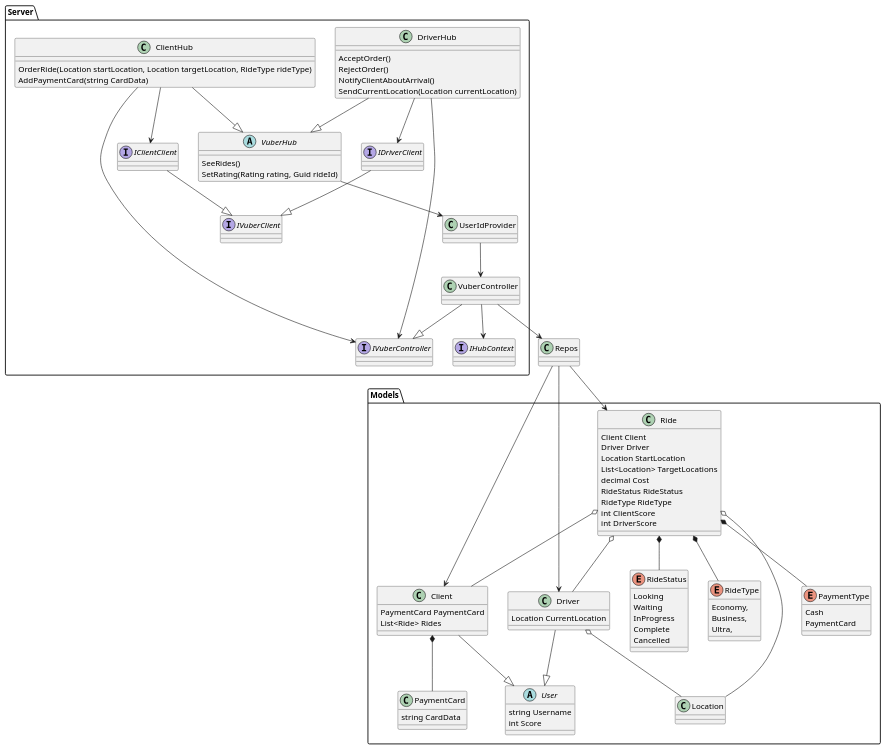
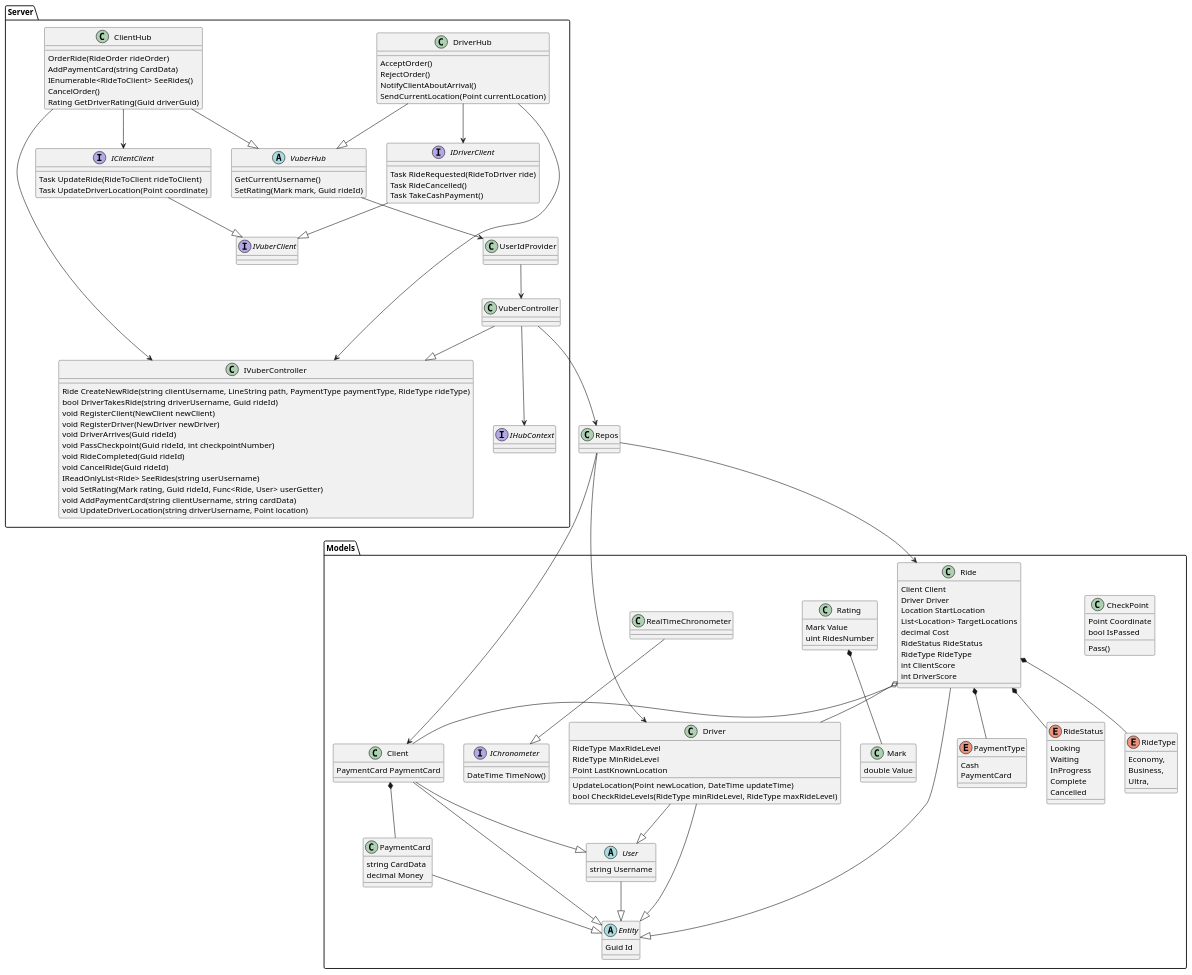
One commit to MegaBluejay/teamf_vuber changed the diagram in docs/exam.puml. Above: the diagram before and after it, drawn with PlantUML.

Commit message:
UML update

```diff
--- a/docs/exam.puml
+++ b/docs/exam.puml
@@ -1,109 +1,167 @@
 @startuml
 
 package Models {
-        class Location
+        class CheckPoint{
+                Point Coordinate
+                bool IsPassed
+                Pass()
+        }
 
         abstract class User {
                 string Username
-                int Score
+        }
+        abstract class Entity {
+                Guid Id
         }
         class Client {
                 PaymentCard PaymentCard
-                List<Ride> Rides
         }
         class Driver {
-                Location CurrentLocation
+                RideType MaxRideLevel
+                RideType MinRideLevel
+                Point LastKnownLocation
+                UpdateLocation(Point newLocation, DateTime updateTime)
+                bool CheckRideLevels(RideType minRideLevel, RideType maxRideLevel)
         }
         class PaymentCard {
             string CardData
+            decimal Money
         }
         
         enum PaymentType{
                 Cash
                 PaymentCard
         }
         enum RideStatus {
                 Looking
                 Waiting
                 InProgress
                 Complete
                 Cancelled
         }
         enum RideType {
                 Economy,
                 Business,
                 Ultra,
         }
         class Ride {
                 Client Client
                 Driver Driver
                 Location StartLocation
                 List<Location> TargetLocations
                 decimal Cost
                 RideStatus RideStatus
                 RideType RideType
                 int ClientScore
                 int DriverScore
         }
-
+        interface IChronometer{
+                DateTime TimeNow()
+        }
+        class Rating {
+                Mark Value
+                uint RidesNumber
+        }                
+        
+        class Mark {
+                double Value
+        }
+        
         Client --|> User
         Driver --|> User
+        
+        RealTimeChronometer --|> IChronometer
+        
+        Client --|> Entity
+        Driver --|> Entity
+        PaymentCard --|> Entity
+        Ride --|> Entity
+        User --|> Entity
 
-        Driver o-- Location
 
         Ride o-- Client
         Ride o-- Driver
-        Ride o-- Location
         Ride *-- RideStatus
         Ride *-- RideType
         Ride *-- PaymentType
+        Rating *-- Mark
         Client *-- PaymentCard
 }
 
 class Repos
 Repos --> Client
 Repos --> Driver
 Repos --> Ride
 
 
 package Server {
         interface IVuberController
         interface IHubContext
         class VuberController
         VuberController --|> IVuberController
         VuberController --> Repos
         VuberController --> IHubContext
 
         abstract class VuberHub{
-                SeeRides()
-                SetRating(Rating rating, Guid rideId)
+                GetCurrentUsername()
+                SetRating(Mark mark, Guid rideId)
         }
         class ClientHub{
-                OrderRide(Location startLocation, Location targetLocation, RideType rideType)
+                OrderRide(RideOrder rideOrder)
                 AddPaymentCard(string CardData)
+                IEnumerable<RideToClient> SeeRides()
+                CancelOrder()
+                Rating GetDriverRating(Guid driverGuid)
         }
         class DriverHub{
                 AcceptOrder()
                 RejectOrder()
                 NotifyClientAboutArrival()
-                SendCurrentLocation(Location currentLocation)
+                SendCurrentLocation(Point currentLocation)
         }
+        
+        class IClientClient{
+                Task UpdateRide(RideToClient rideToClient)
+                Task UpdateDriverLocation(Point coordinate)
+        }
+        
+        class IDriverClient{
+                Task RideRequested(RideToDriver ride)
+                Task RideCancelled()
+                Task TakeCashPayment()
+        }
+        
+        class IVuberController{
+                Ride CreateNewRide(string clientUsername, LineString path, PaymentType paymentType, RideType rideType)
+                bool DriverTakesRide(string driverUsername, Guid rideId)
+                void RegisterClient(NewClient newClient)
+                void RegisterDriver(NewDriver newDriver)
+                void DriverArrives(Guid rideId)
+                void PassCheckpoint(Guid rideId, int checkpointNumber)
+                void RideCompleted(Guid rideId)
+                void CancelRide(Guid rideId)
+                IReadOnlyList<Ride> SeeRides(string userUsername)
+                void SetRating(Mark rating, Guid rideId, Func<Ride, User> userGetter)
+                void AddPaymentCard(string clientUsername, string cardData)
+                void UpdateDriverLocation(string driverUsername, Point location)
+        }
+                
         ClientHub --|> VuberHub
         DriverHub --|> VuberHub
         ClientHub --> IVuberController
         DriverHub --> IVuberController
 
         class UserIdProvider
         UserIdProvider --> VuberController
         VuberHub --> UserIdProvider
 
         interface IVuberClient
         interface IClientClient
         interface IDriverClient
         IClientClient --|> IVuberClient
         IDriverClient --|> IVuberClient
         ClientHub --> IClientClient
         DriverHub --> IDriverClient
 }
 
 @enduml
```
